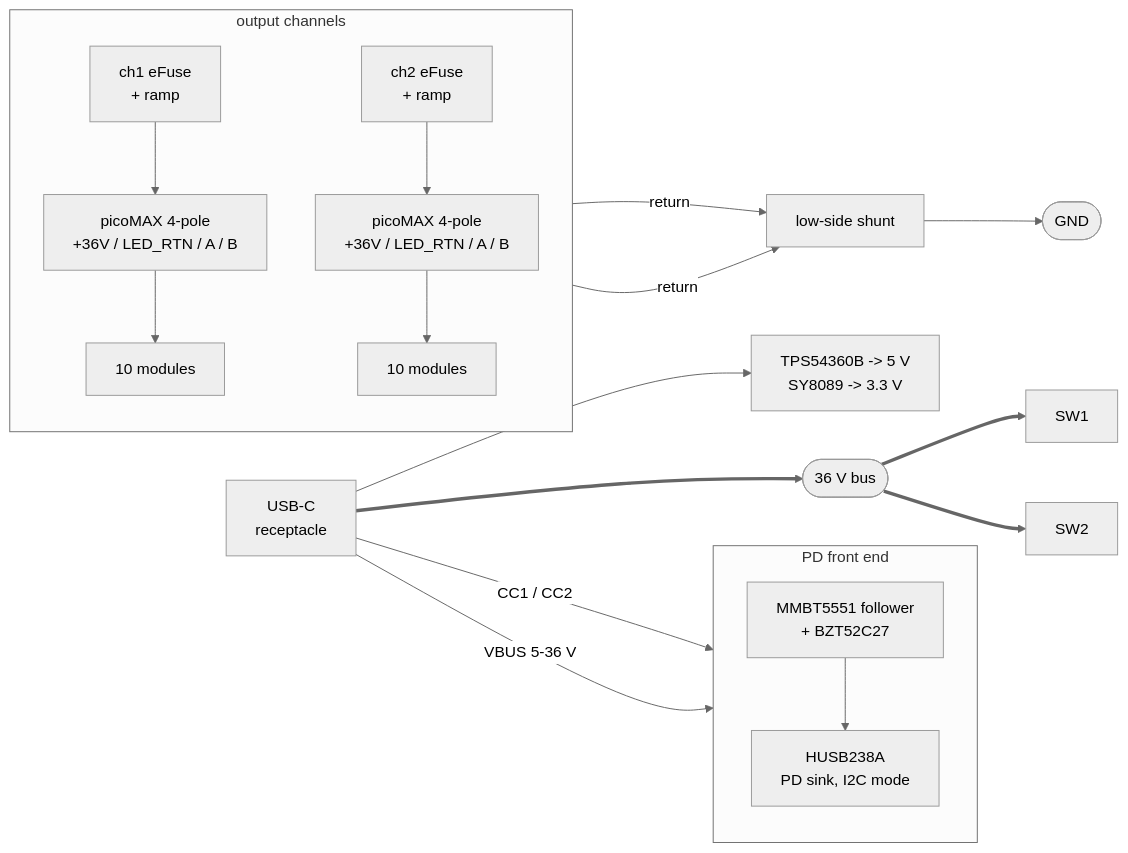
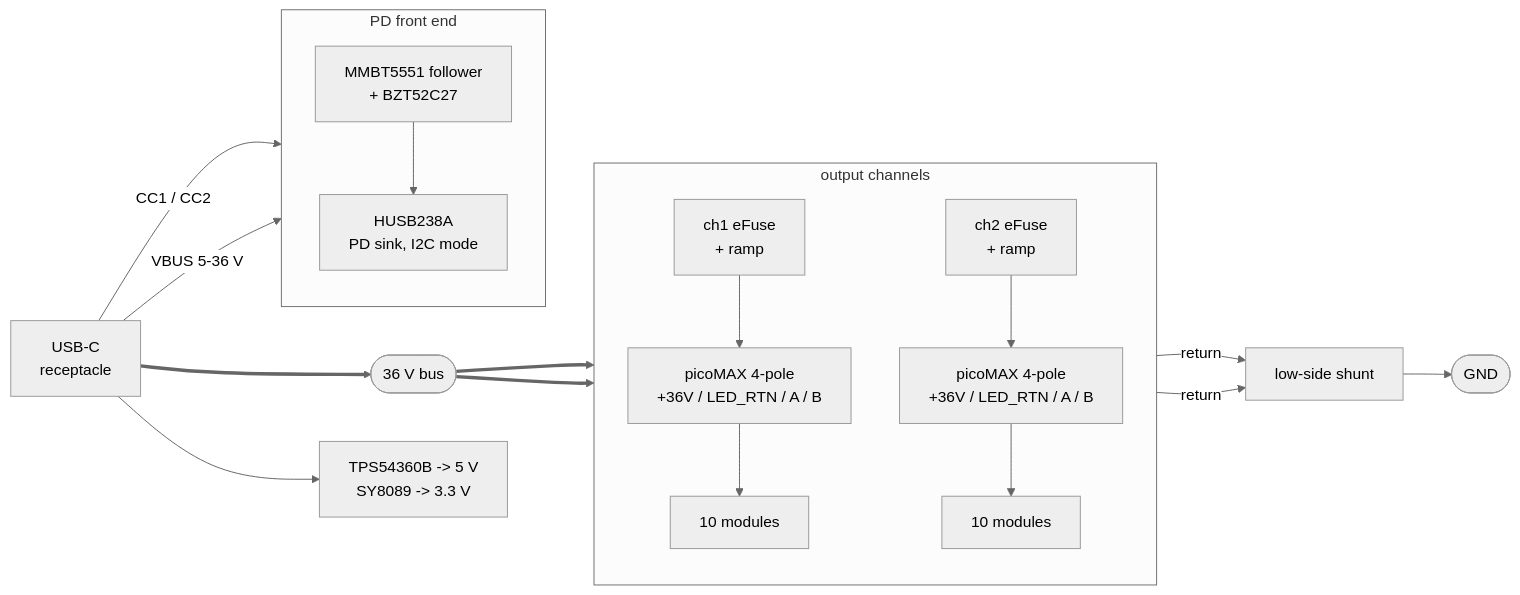
The first of 4 diagrams in designs/led-matrix-controller/README.md (lucsoft/pcb-design), drawn with Mermaid (neutral theme) before and after one commit. The commit also changed other lines of this file and 68 other files, not shown here.

````diff
--- a/designs/led-matrix-controller/README.md
+++ b/designs/led-matrix-controller/README.md
@@ -69,32 +69,32 @@
 ```mermaid
 flowchart LR
     USBC["USB-C<br/>receptacle"]
 
     subgraph FE["PD front end"]
         direction TB
         RZ["MMBT5551 follower<br/>+ BZT52C27"]
         PD["HUSB238A<br/>PD sink, I2C mode"]
     end
 
     BUS(["36 V bus"])
 
     subgraph CH["output channels"]
         direction TB
         EF1["ch1 eFuse<br/>+ ramp"] --> CN1["picoMAX 4-pole<br/>+36V / LED_RTN / A / B"] --> M1["10 modules"]
         EF2["ch2 eFuse<br/>+ ramp"] --> CN2["picoMAX 4-pole<br/>+36V / LED_RTN / A / B"] --> M2["10 modules"]
     end
 
     RAILS["TPS54360B -> 5 V<br/>SY8089 -> 3.3 V"]
     SHUNT["low-side shunt"]
     GND(["GND"])
 
     USBC -->|"CC1 / CC2"| PD
     USBC -->|"VBUS 5-36 V"| RZ --> PD
     USBC --> RAILS
     USBC ==> BUS
-    BUS ==> SW1
-    BUS ==> SW2
+    BUS ==> EF1
+    BUS ==> EF2
     M1 -->|return| SHUNT
     M2 -->|return| SHUNT
     SHUNT --> GND
 ```
````
